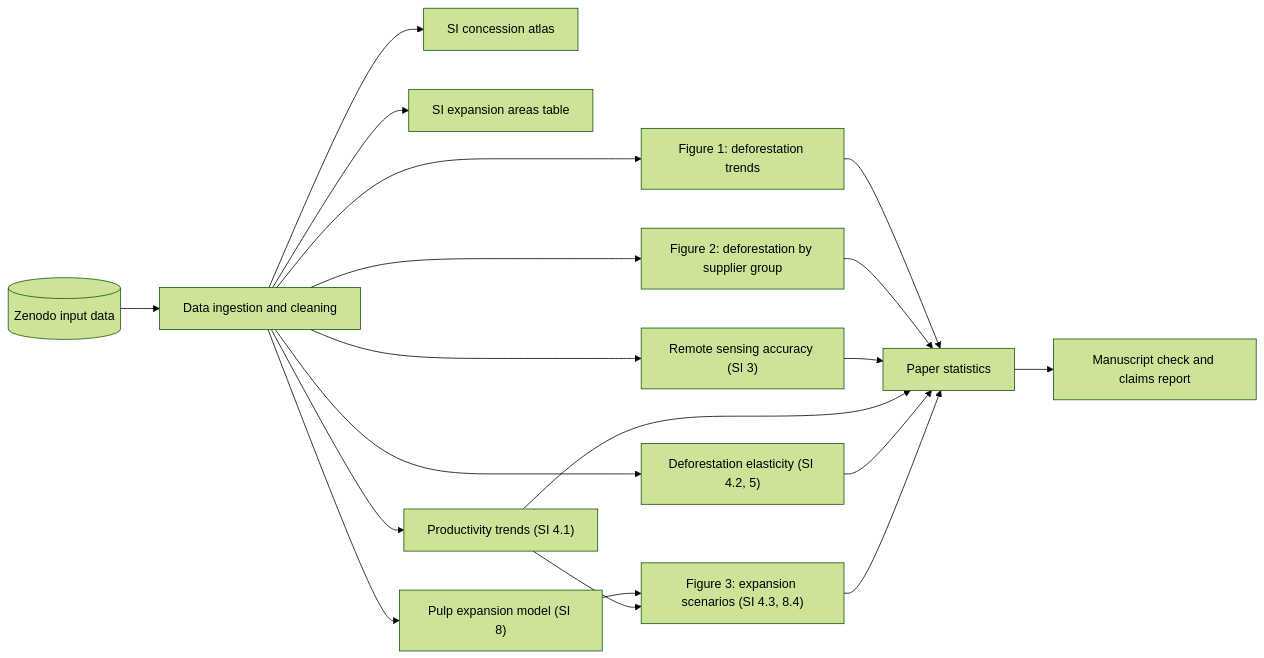
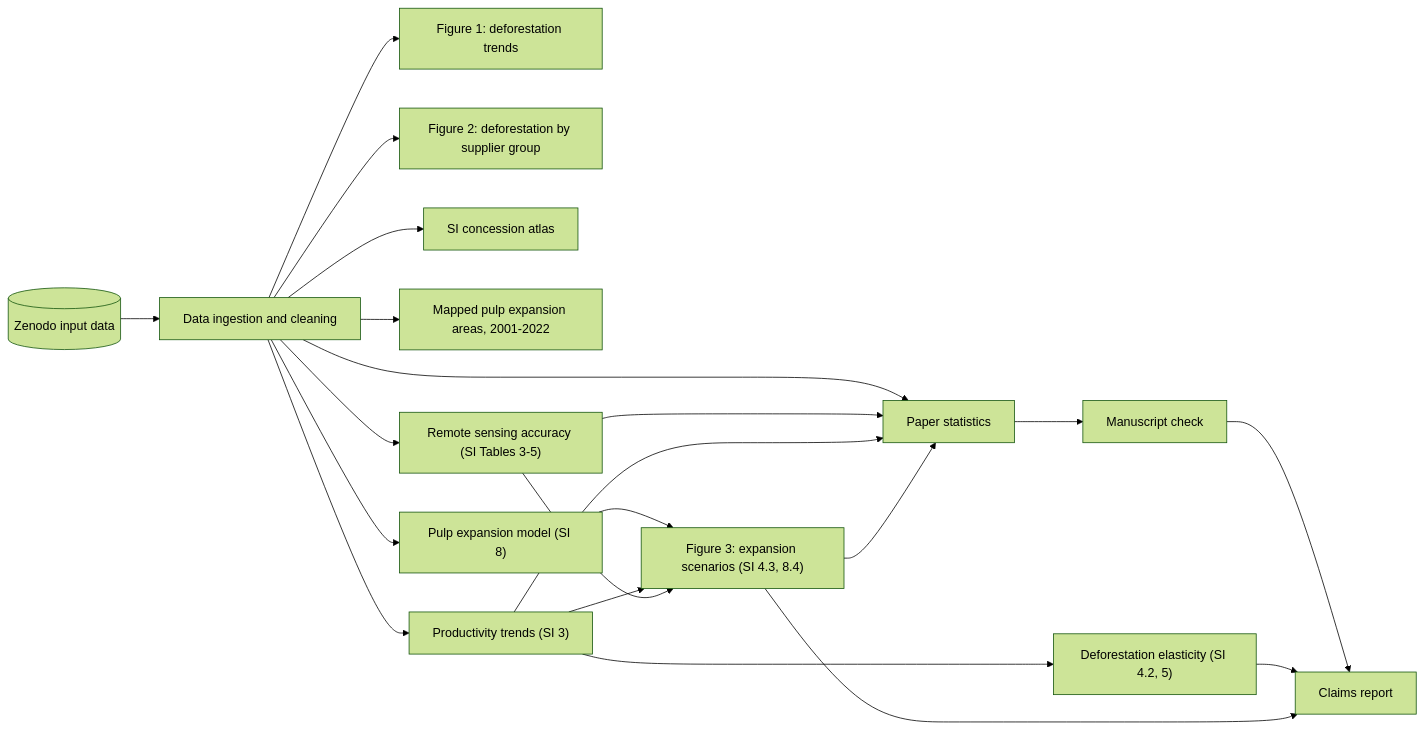
Before and after one commit to jasonjb82/heilmayr-indo-pulp-deforestation-2026: the diagram in docs/pipeline_overview.mmd, drawn with Mermaid (forest theme).

Commit message:
Update pipeline overview dependencies
revise supplementary output labels and workflow links, including routing productivity through elasticity and separating the manuscript check from the claims report.

```diff
--- a/docs/pipeline_overview.mmd
+++ b/docs/pipeline_overview.mmd
@@ -1,19 +1,21 @@
 graph LR
   Z[("Zenodo input data")] --> B["Data ingestion and cleaning"]
   B --> F1["Figure 1: deforestation trends"]
   B --> F2["Figure 2: deforestation by supplier group"]
   B --> AT["SI concession atlas"]
-  B --> T2["SI expansion areas table"]
-  B --> RS["Remote sensing accuracy (SI 3)"]
-  B --> MAI["Productivity trends (SI 4.1)"]
-  B --> EL["Deforestation elasticity (SI 4.2, 5)"]
+  B --> T2["Mapped pulp expansion areas, 2001-2022"]
+  B --> RS["Remote sensing accuracy (SI Tables 3-5)"]
+  B --> MAI["Productivity trends (SI 3)"]
   B --> RF["Pulp expansion model (SI 8)"]
+  MAI --> EL["Deforestation elasticity (SI 4.2, 5)"]
   RF --> SC["Figure 3: expansion scenarios (SI 4.3, 8.4)"]
   MAI --> SC
-  F1 --> PS["Paper statistics"]
-  F2 --> PS
+  RS --> SC
+  B --> PS["Paper statistics"]
   RS --> PS
   MAI --> PS
-  EL --> PS
   SC --> PS
-  PS --> MC["Manuscript check and claims report"]
+  PS --> MC["Manuscript check"]
+  MC --> CR["Claims report"]
+  EL --> CR
+  SC --> CR
```
